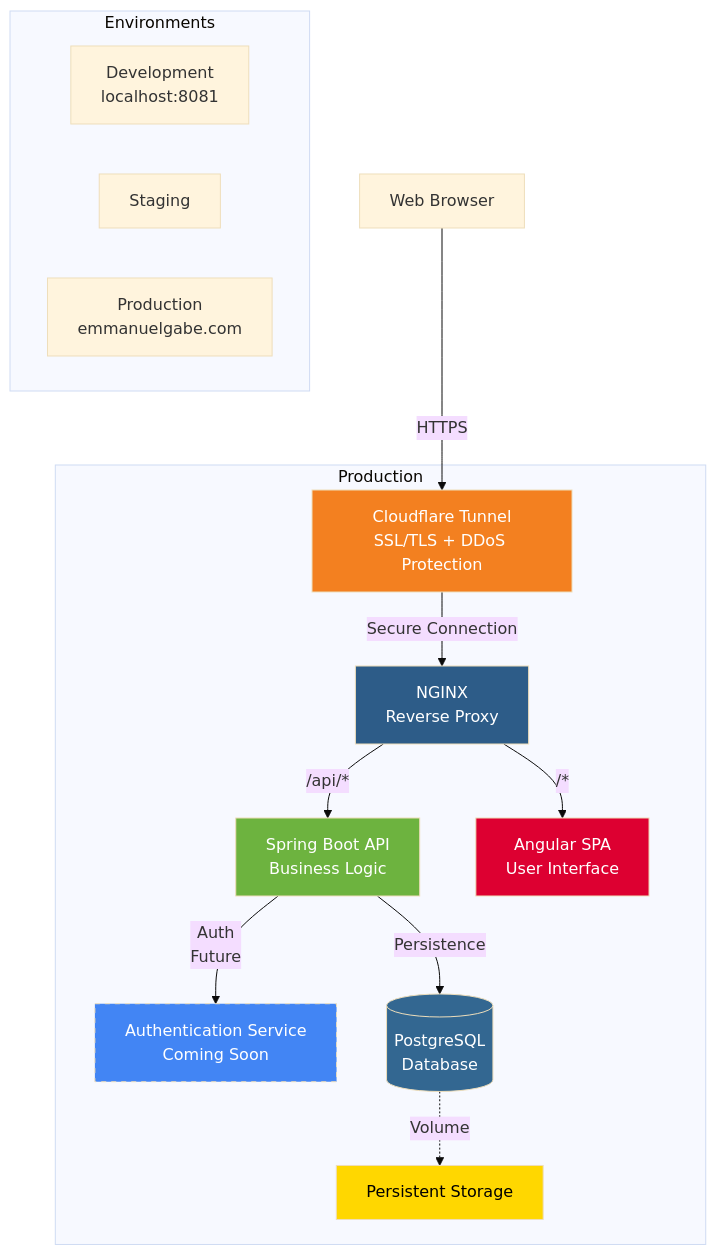
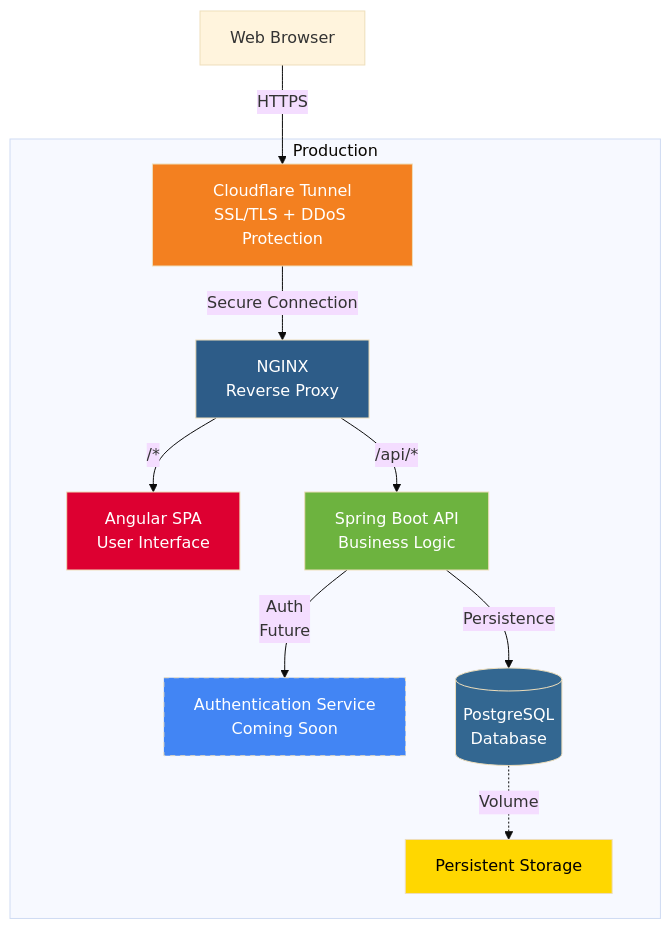
Before and after one commit to emmanuelgabe/portfolio: the diagram in README.md, drawn with Mermaid (base theme). The commit also changed other lines of this file and 21 other files, not shown here.

````diff
--- a/README.md
+++ b/README.md
@@ -57,41 +50,28 @@
 ```mermaid
-graph TB
-    User[Web Browser]
-
-    User -->|HTTPS| CF[Cloudflare Tunnel<br/>SSL/TLS + DDoS Protection]
-
-    CF -->|Secure Connection| NGINX[NGINX<br/>Reverse Proxy]
-
-    NGINX -->|/api/*| Backend[Spring Boot API<br/>Business Logic]
-    NGINX -->|/*| Frontend[Angular SPA<br/>User Interface]
-
-    Backend -->|Auth<br/>Future| Auth[Authentication Service<br/>Coming Soon]
-    Backend -->|Persistence| DB[(PostgreSQL<br/>Database)]
-
-    DB -.->|Volume| Storage[Persistent Storage]
-
-    subgraph Production
-        CF
-        NGINX
-        Frontend
-        Backend
-        Auth
-        DB
-        Storage
-    end
-
-    subgraph Environments
-        direction LR
-        Dev[Development<br/>localhost:8081]
-        Staging[Staging<br/>]
-        Prod[Production<br/>emmanuelgabe.com]
-    end
+flowchart TB
+ subgraph Production["Production"]
+        CF["Cloudflare Tunnel<br>SSL/TLS + DDoS Protection"]
+        NGINX["NGINX<br>Reverse Proxy"]
+        Frontend["Angular SPA<br>User Interface"]
+        Backend["Spring Boot API<br>Business Logic"]
+        Auth["Authentication Service<br>Coming Soon"]
+        DB[("PostgreSQL<br>Database")]
+        Storage["Persistent Storage"]
+  end
+    User["Web Browser"] -- HTTPS --> CF
+    CF -- Secure Connection --> NGINX
+    NGINX -- /api/* --> Backend
+    NGINX -- /* --> Frontend
+    Backend -- Auth<br>Future --> Auth
+    Backend -- Persistence --> DB
+    DB -. Volume .-> Storage
 
     style CF fill:#f38020,color:#fff
     style NGINX fill:#2d5c88,color:#fff
+    style Frontend fill:#dd0031,color:#fff
     style Backend fill:#6db33f,color:#fff
-    style Frontend fill:#dd0031,color:#fff
+    style Auth fill:#4285f4,color:#fff,stroke-dasharray: 5 5
     style DB fill:#336791,color:#fff
-    style Auth fill:#4285f4,color:#fff,stroke-dasharray: 5 5
     style Storage fill:#ffd700,color:#000
+
 ```
````
